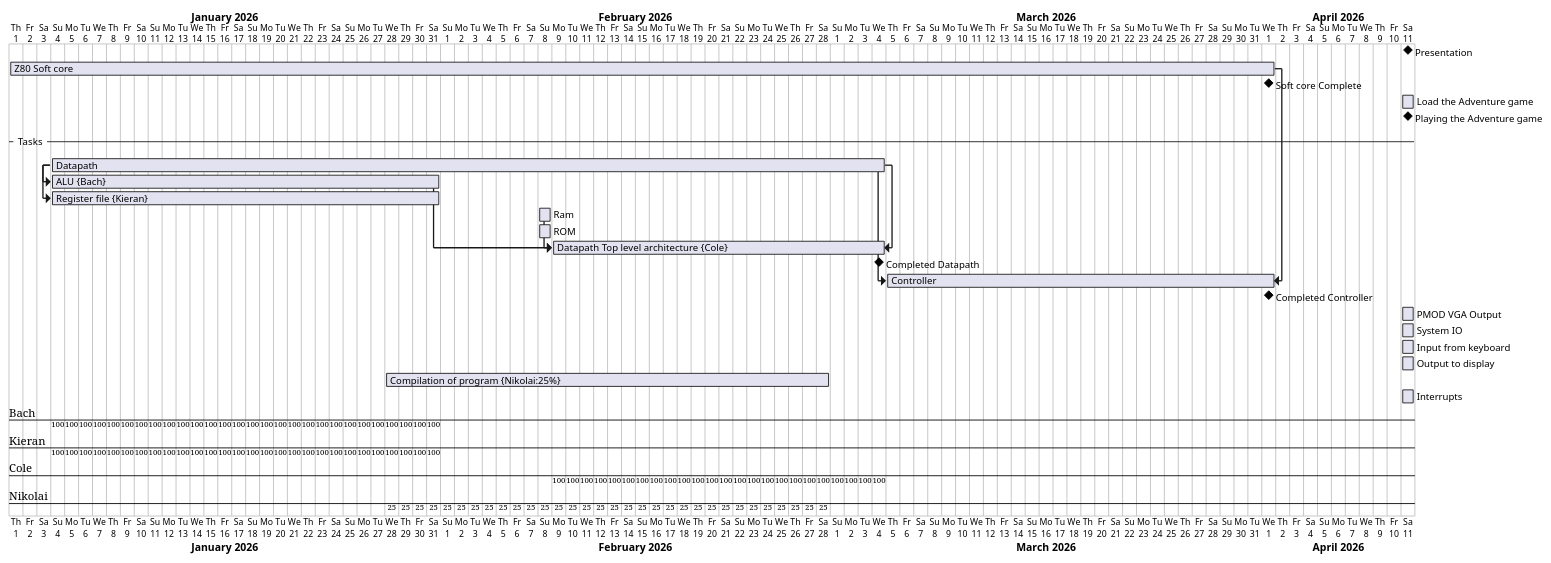
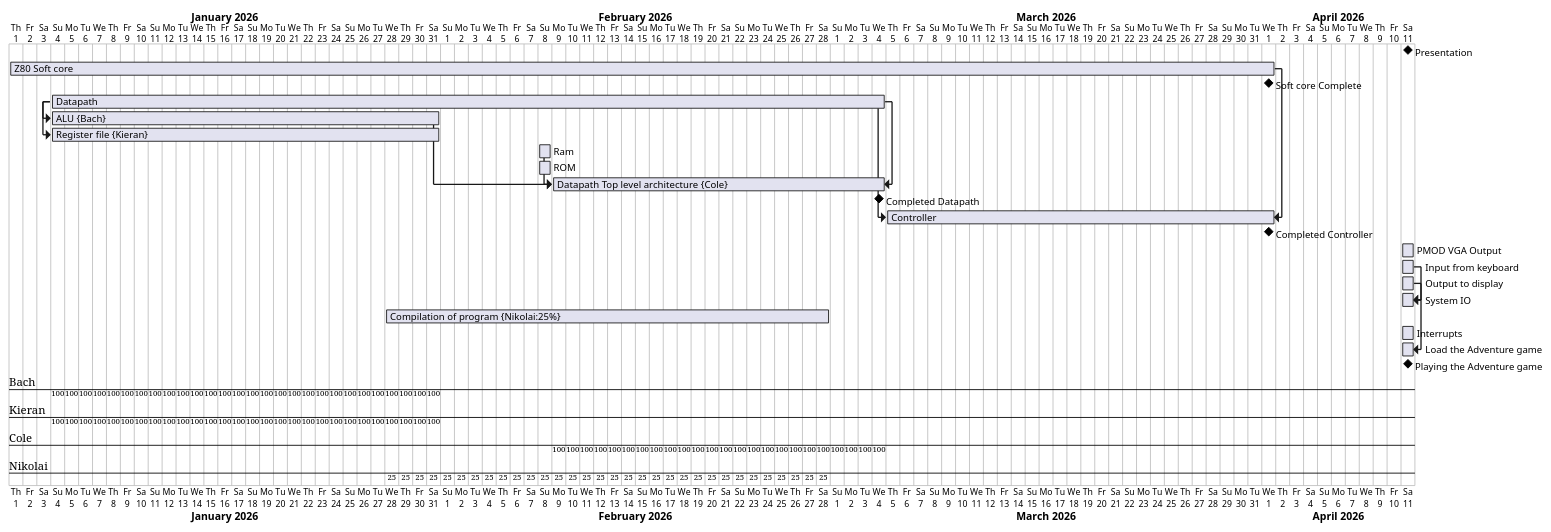
Before and after one commit to waridh/capstone-diagrams: the diagram in src/gantt-chart.puml, drawn with PlantUML.

Commit message:
updated the gantt chart

```diff
--- a/src/gantt-chart.puml
+++ b/src/gantt-chart.puml
@@ -1,28 +1,28 @@
 @startgantt
 Project starts 2026-01-01
 [Presentation] happens at 2026-04-11
 [Z80 Soft core] starts D+0 and ends 2026-04-01
 [Soft core Complete] happens at [Z80 Soft core]'s end
-[Load the Adventure game] ends 2026-04-11
-[Playing the Adventure game] happens at [Load the Adventure game]'s end
--- Tasks --
 [Datapath] starts D+3 and requires 60 days
 [ALU] on {Bach} starts at [Datapath]'s start and ends 2026-01-31
 [Register file] on {Kieran} starts at [Datapath]'s start and ends 2026-01-31
 [Ram] starts at 2026-02-8
 [ROM] starts at 2026-02-8
 [Datapath Top level architecture] on {Cole} ends at [Datapath]'s end
 [Completed Datapath] happens at [Datapath]'s end
 [Controller] ends at [Z80 Soft core]'s end
 [Completed Controller] happens at [Controller]'s end
 [Datapath] -> [Controller]
 [Ram] -> [Datapath Top level architecture]
 [ALU] -> [Datapath Top level architecture]
 
 [PMOD VGA Output] ends at 2026-04-11
-[System IO] ends at 2026-04-11
 [Input from keyboard] ends at 2026-04-11
 [Output to display] ends at 2026-04-11
+[System IO] ends at [Input from keyboard]'s end
+[System IO] ends at [Output to display]'s end
 [Compilation of program] on {Nikolai:25} starts at 2026-01-28 and ends at 2026-02-28
 [Interrupts] ends 2026-04-11
+[Load the Adventure game] ends at [System IO]'s end
+[Playing the Adventure game] happens at [Load the Adventure game]'s end
 @endgantt
```
